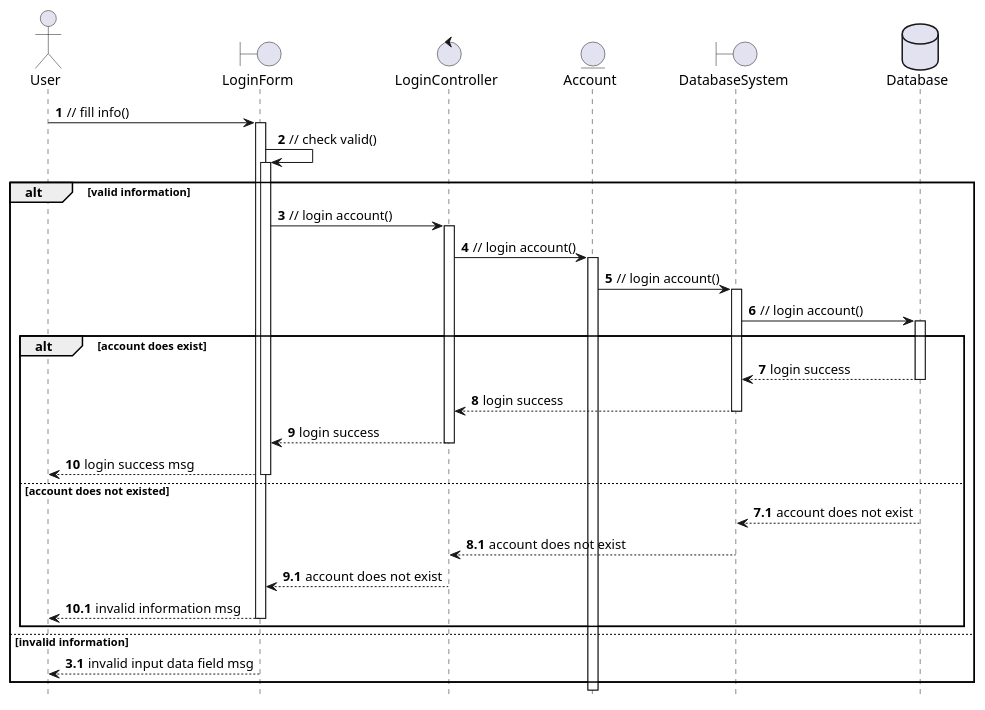
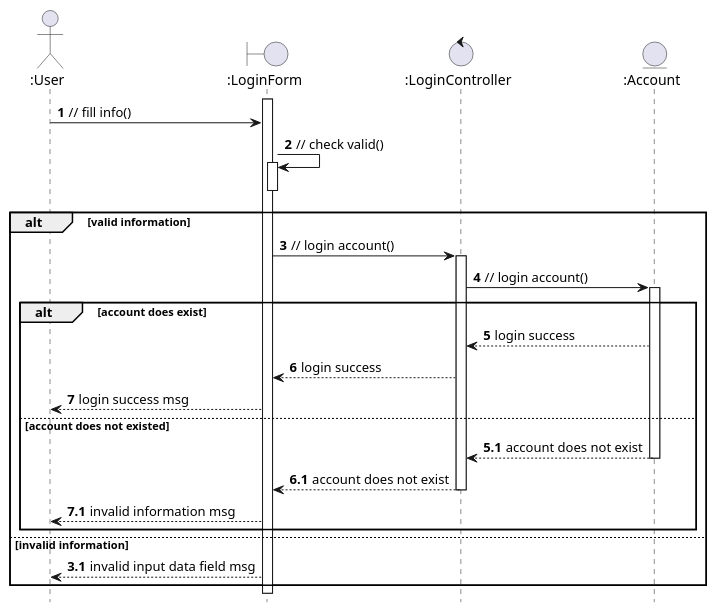
Before and after one commit to anhbanlinhle/velocity-exchange: the diagram in uml/analysis/sequence/login.pu, drawn with PlantUML. The commit also changed 6 other files, not shown here.

Commit message:
done seq diagram

```diff
--- a/uml/analysis/sequence/login.pu
+++ b/uml/analysis/sequence/login.pu
@@ -1,51 +1,51 @@
 @startuml Login
 hide footbox
-actor "User" as Users
-boundary "LoginForm" as LoginBoundary
-control "LoginController" as AccountController
-entity "Account" as AccountEntity
-boundary "DatabaseSystem" as DatabaseBoundary
-database "Database" as DatabaseActor
+actor ":User" as Users
+boundary ":LoginForm" as LoginBoundary
+control ":LoginController" as AccountController
+entity ":Account" as AccountEntity
 
 autonumber
-autoactivate on
+
+activate LoginBoundary
 Users -> LoginBoundary: // fill info()
 
 LoginBoundary -> LoginBoundary: // check valid()
+activate LoginBoundary
+deactivate LoginBoundary
 
 alt valid information
+    
+    LoginBoundary -> AccountController: // login account()
+    activate AccountController
+    AccountController -> AccountEntity: // login account()
+    activate AccountEntity
 
-    LoginBoundary -> AccountController: // login account()
-    AccountController -> AccountEntity: // login account()
-    AccountEntity -> DatabaseBoundary: // login account()
-    DatabaseBoundary -> DatabaseActor: // login account()
 
     alt account does exist
 
-        DatabaseActor --> DatabaseBoundary: login success
-        DatabaseBoundary --> AccountController: login success
+        AccountEntity --> AccountController: login success
         AccountController --> LoginBoundary: login success
         LoginBoundary --> Users: login success msg
 
     else account does not existed
 
-        autonumber 7.1 
-        DatabaseActor --> DatabaseBoundary: account does not exist
-        autonumber inc A
-        DatabaseBoundary --> AccountController: account does not exist
+        autonumber 5.1
+        AccountEntity --> AccountController --: account does not exist
         autonumber inc A
         AccountController --> LoginBoundary: account does not exist
+        deactivate AccountController
         autonumber inc A
         LoginBoundary --> Users: invalid information msg
 
     end
 
 
 
 else invalid information
     
     autonumber 3.1
     LoginBoundary --> Users: invalid input data field msg
 
 end
 @enduml
```
